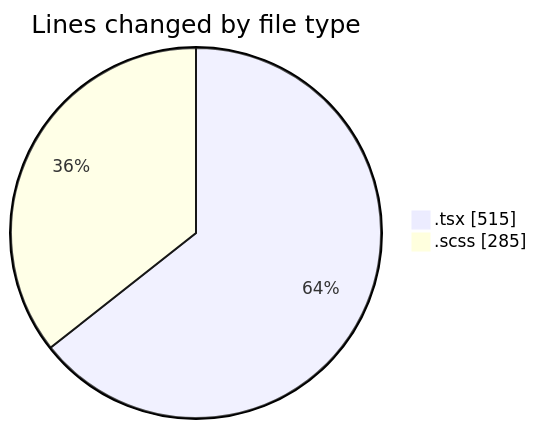
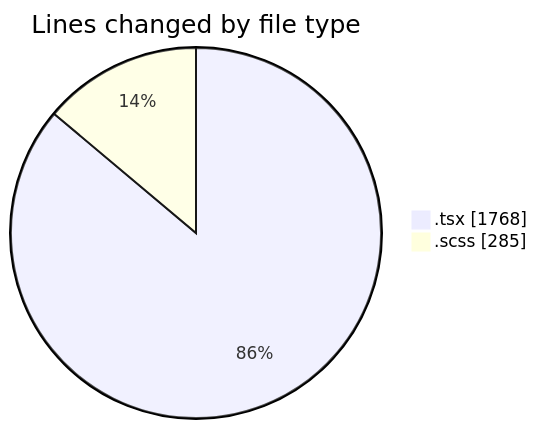
Before and after one commit to momahboobian/code-tracking: the first of 2 diagrams in 2026-02-25/cda/README.md, drawn with Mermaid. The commit also changed other lines of this file and 1 other file, not shown here.

````diff
--- a/2026-02-25/cda/README.md
+++ b/2026-02-25/cda/README.md
@@ -21,6 +22,6 @@
 ```mermaid
 pie showData
 title Lines changed by file type
-".tsx" : 515
+".tsx" : 1768
 ".scss" : 285
 ```
````
